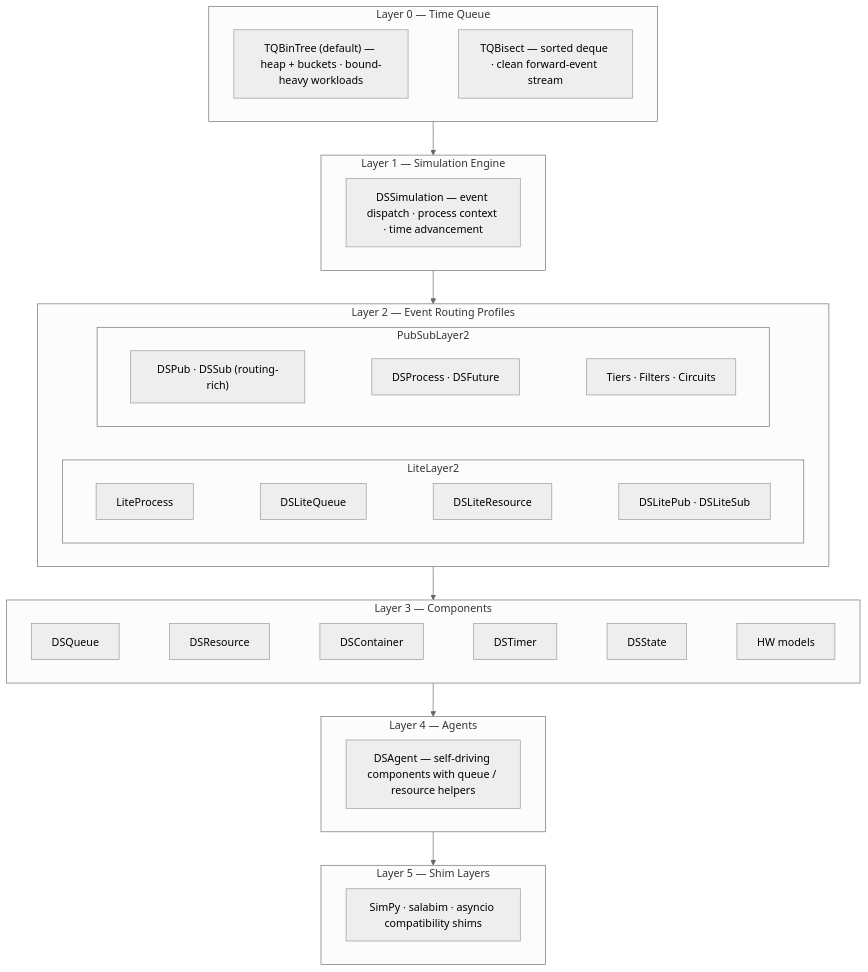
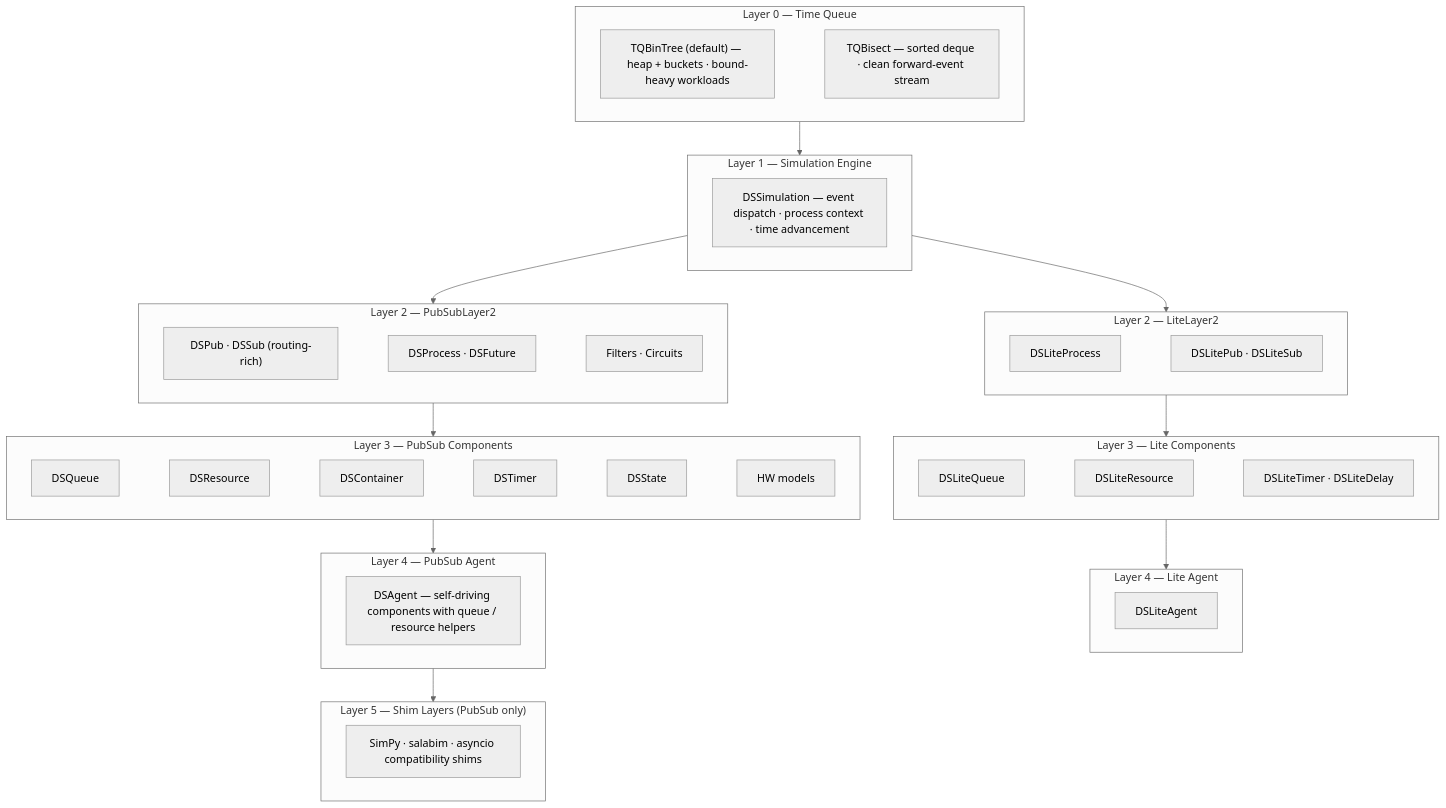
One commit to majvan/DSSim changed the diagram in docs/user-guide/02-core-concepts.md. Above: the diagram before and after it, drawn with Mermaid (neutral theme). The commit also changed other lines of this file, not shown here.

Commit message:
Fix docs: The stack split in two columns

````diff
--- a/docs/user-guide/02-core-concepts.md
+++ b/docs/user-guide/02-core-concepts.md
@@ -7,36 +7,49 @@
 ```mermaid
 flowchart TB
-  subgraph L5["Layer 5 — Shim Layers"]
+  subgraph L0["Layer 0 — Time Queue"]
     direction LR
-    SH["SimPy · salabim · asyncio compatibility shims"]
-  end
-  subgraph L4["Layer 4 — Agents"]
-    direction LR
-    AG["DSAgent — self-driving components with queue / resource helpers"]
-  end
-  subgraph L3["Layer 3 — Components"]
-    direction LR
-    Q["DSQueue"] ~~~ R["DSResource"] ~~~ Co["DSContainer"] ~~~ Ti["DSTimer"] ~~~ St["DSState"] ~~~ HW["HW models"]
-  end
-  subgraph L2["Layer 2 — Event Routing Profiles"]
-    direction LR
-    subgraph Lite["  LiteLayer2  "]
-      direction LR
-      LP["LiteProcess"] ~~~ LQ["DSLiteQueue"] ~~~ LRes["DSLiteResource"] ~~~ LPB["DSLitePub · DSLiteSub"]
-    end
-    subgraph PubSub["  PubSubLayer2  "]
-      direction LR
-      PB["DSPub · DSSub (routing-rich)"] ~~~ DP["DSProcess · DSFuture"] ~~~ Fi["Tiers · Filters · Circuits"]
-    end
+    TQ1["TQBinTree (default) — heap + buckets · bound-heavy workloads"] ~~~ TQ2["TQBisect — sorted deque · clean forward-event stream"]
   end
   subgraph L1["Layer 1 — Simulation Engine"]
     direction LR
     E["DSSimulation — event dispatch · process context · time advancement"]
   end
-  subgraph L0["Layer 0 — Time Queue"]
+
+  subgraph L2L["Layer 2 — LiteLayer2"]
     direction LR
-    TQ1["TQBinTree (default) — heap + buckets · bound-heavy workloads"] ~~~ TQ2["TQBisect — sorted deque · clean forward-event stream"]
+    LP["DSLiteProcess"] ~~~ LPB["DSLitePub · DSLiteSub"]
+  end
+  subgraph L2P["Layer 2 — PubSubLayer2"]
+    direction LR
+    PB["DSPub · DSSub (routing-rich)"] ~~~ DP["DSProcess · DSFuture"] ~~~ Fi["Filters · Circuits"]
   end
 
-  L0 --> L1 --> L2 --> L3 --> L4 --> L5
+  subgraph L3L["Layer 3 — Lite Components"]
+    direction LR
+    LQ["DSLiteQueue"] ~~~ LRes["DSLiteResource"] ~~~ LTi["DSLiteTimer · DSLiteDelay"]
+  end
+  subgraph L3P["Layer 3 — PubSub Components"]
+    direction LR
+    Q["DSQueue"] ~~~ R["DSResource"] ~~~ Co["DSContainer"] ~~~ Ti["DSTimer"] ~~~ St["DSState"] ~~~ HW["HW models"]
+  end
+
+  subgraph L4L["Layer 4 — Lite Agent"]
+    direction LR
+    LA["DSLiteAgent"]
+  end
+  subgraph L4P["Layer 4 — PubSub Agent"]
+    direction LR
+    AG["DSAgent — self-driving components with queue / resource helpers"]
+  end
+
+  subgraph L5["Layer 5 — Shim Layers  (PubSub only)"]
+    direction LR
+    SH["SimPy · salabim · asyncio compatibility shims"]
+  end
+
+  L0 --> L1
+  L1 --> L2L
+  L1 --> L2P
+  L2L --> L3L --> L4L
+  L2P --> L3P --> L4P --> L5
 ```
````
